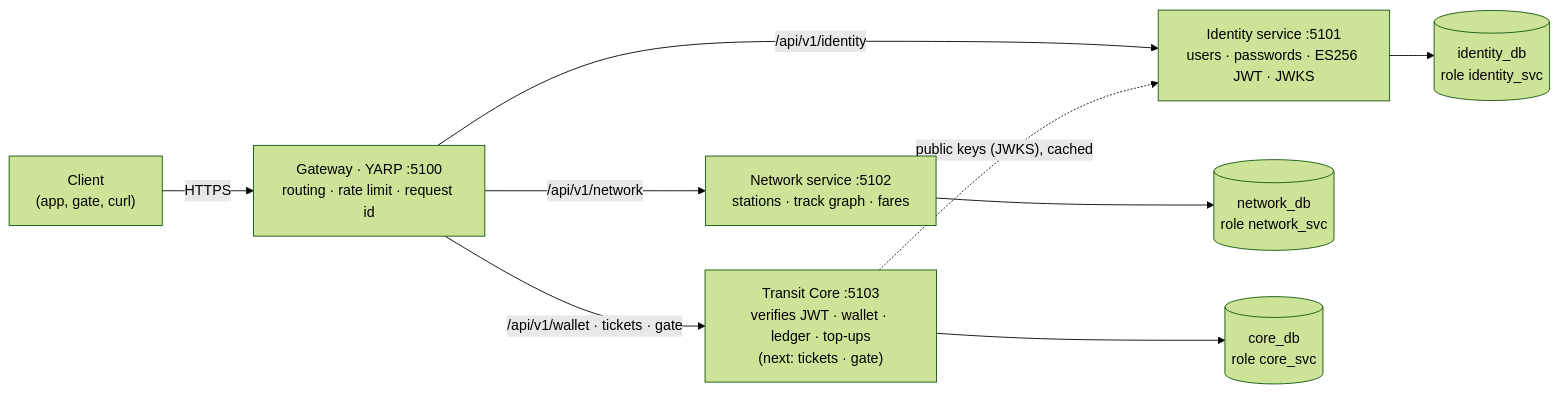
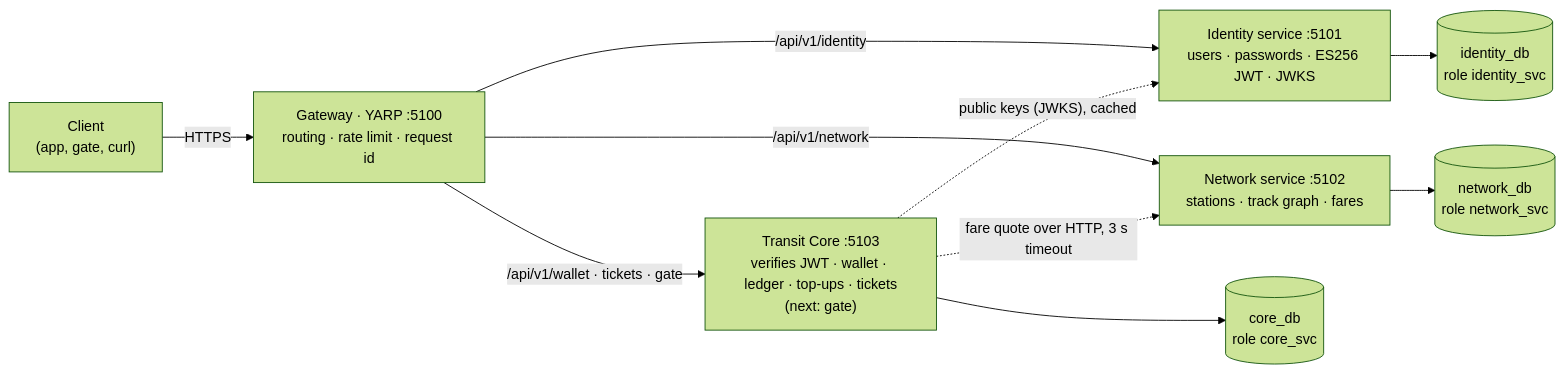
The first of 3 diagrams in README.md (istiak133/transit-pass), drawn with Mermaid (forest theme) before and after one commit. The commit also changed other lines of this file and 19 other files, not shown here.

````diff
--- a/README.md
+++ b/README.md
@@ -95,11 +99,12 @@
 ```mermaid
 flowchart LR
     C["Client<br/>(app, gate, curl)"] -->|HTTPS| G["Gateway · YARP :5100<br/>routing · rate limit · request id"]
     G -->|/api/v1/identity| I["Identity service :5101<br/>users · passwords · ES256 JWT · JWKS"]
     G -->|/api/v1/network| N["Network service :5102<br/>stations · track graph · fares"]
-    G -->|/api/v1/wallet · tickets · gate| T["Transit Core :5103<br/>verifies JWT · wallet · ledger · top-ups<br/>(next: tickets · gate)"]
+    G -->|/api/v1/wallet · tickets · gate| T["Transit Core :5103<br/>verifies JWT · wallet · ledger · top-ups · tickets<br/>(next: gate)"]
     T -. "public keys (JWKS), cached" .-> I
+    T -. "fare quote over HTTP, 3 s timeout" .-> N
     I --> IDB[("identity_db<br/>role identity_svc")]
     N --> NDB[("network_db<br/>role network_svc")]
     T --> CDB[("core_db<br/>role core_svc")]
 ```
````
